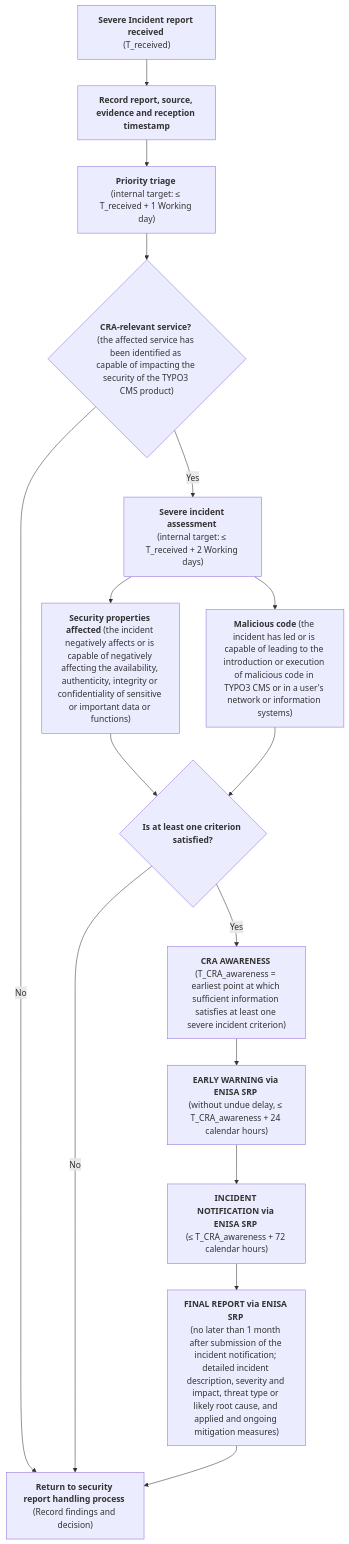
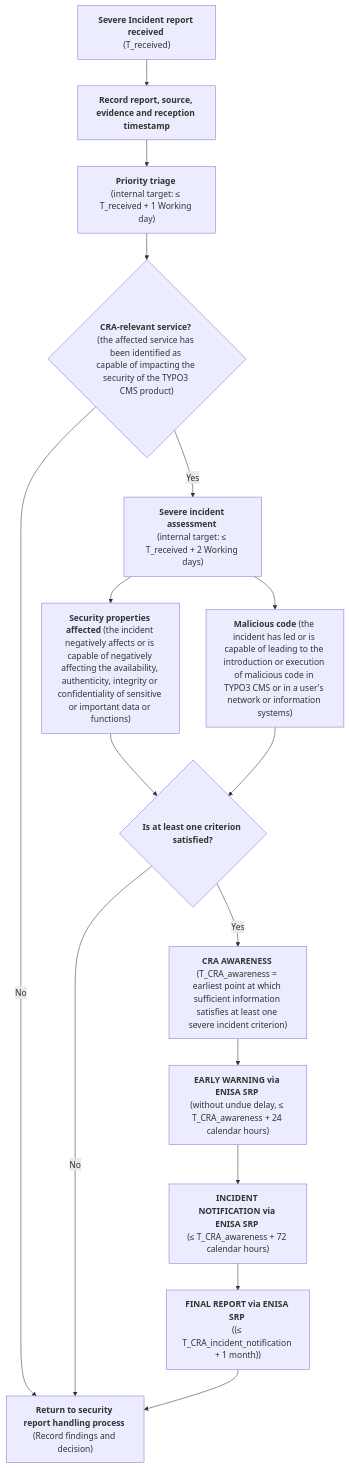
Before and after one commit to rfoucard/cra-fast-track: the diagram in templates/severe-incident-process.md, drawn with Mermaid.

````diff
--- a/templates/severe-incident-process.md
+++ b/templates/severe-incident-process.md
@@ -15,32 +15,32 @@
 ```mermaid
 flowchart TD
 
     A["<strong>Severe Incident report received</strong> \n(T_received)"] --> B["<strong>Record report, source, evidence and reception timestamp</strong>"]
 
     B --> C["<strong>Priority triage</strong> \n(internal target: ≤ T_received + 1 Working day)"]
 
     C --> D{"<strong>CRA-relevant service?</strong> (the affected service has been identified as capable of impacting the security of the TYPO3 CMS product)"}
 
     D -- "No" --> X["<strong>Return to security report handling process</strong> \n(Record findings and decision)"]
 
     D -- "Yes" --> E["<strong>Severe incident assessment</strong> \n(internal target: ≤ T_received + 2 Working days)"]
 
     E --> F["<strong>Security properties affected</strong> (the incident negatively affects or is capable of negatively affecting the availability, authenticity, integrity or confidentiality of sensitive or important data or functions)"]
 
     E --> G["<strong>Malicious code</strong> (the incident has led or is capable of leading to the introduction or execution of malicious code in TYPO3 CMS or in a user's network or information systems)"]
 
     F --> J{"<strong>Is at least one criterion satisfied?</strong>"}
     G --> J
 
     J -- "No" --> X
     J -- "Yes" --> L["<strong>CRA AWARENESS</strong> \n(T_CRA_awareness = earliest point at which sufficient information satisfies at least one severe incident criterion)"]
 
     L --> M["<strong>EARLY WARNING via ENISA SRP</strong> \n(without undue delay, ≤ T_CRA_awareness + 24 calendar hours)"]
 
     M --> N["<strong>INCIDENT NOTIFICATION via ENISA SRP</strong> \n(≤ T_CRA_awareness + 72 calendar hours)"]
 
-    N --> O["<strong>FINAL REPORT via ENISA SRP</strong> \n(no later than 1 month after submission of the incident notification; detailed incident description, severity and impact, threat type or likely root cause, and applied and ongoing mitigation measures)"]
+    N --> O["<strong>FINAL REPORT via ENISA SRP</strong> \n((≤ T_CRA_incident_notification + 1 month))"]
 
     O --> X
 
 ```
````
